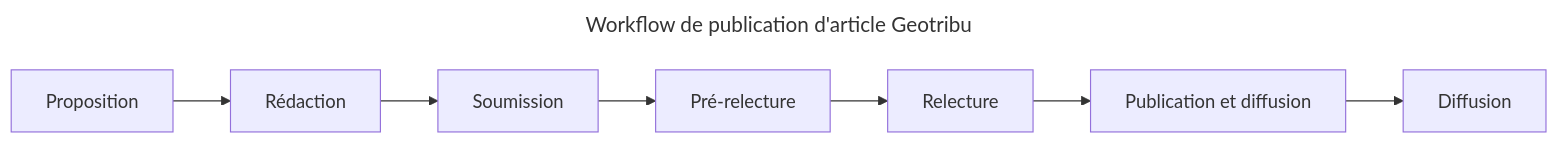
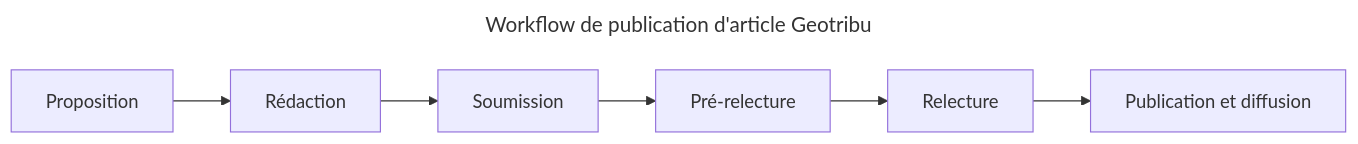
One commit to geotribu/site-contribuer changed the diagram in content/articles/workflow.md. Above: the diagram before and after it, drawn with Mermaid.

Commit message:
update(guide): supprime l'étape diffusion (en doublon)

````diff
--- a/content/articles/workflow.md
+++ b/content/articles/workflow.md
@@ -30,16 +30,15 @@
 ```mermaid
 ---
 title: Workflow de publication d'article Geotribu
 ---
 
 flowchart LR
     A[Proposition] --> B[Rédaction]
     B --> D[Soumission]
     D --> E[Pré-relecture]
     E --> F[Relecture]
     F --> G[Publication et diffusion]
-    G --> H[Diffusion]
 
     click E href "../prereview" "Préparation de la relecture collaborative"
     click G href "../publish" "Préparation de la relecture collaborative"
 ```
````
